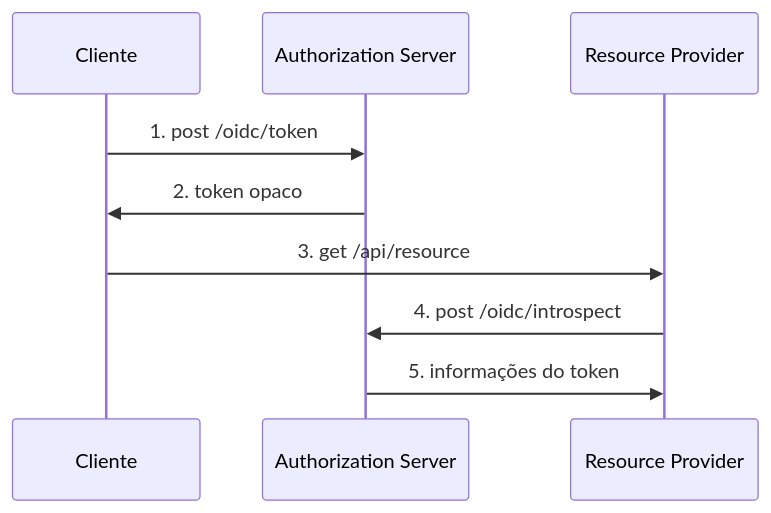
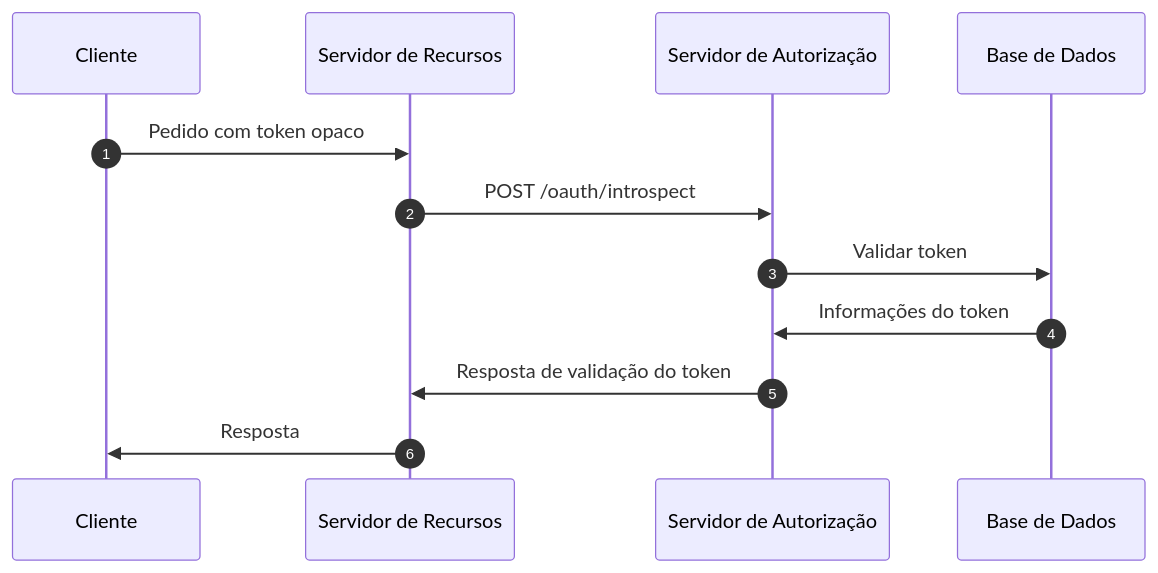
One commit to logto-io/auth-wiki changed the third of 5 diagrams in src/content/terms/pt-pt/opaque-token.mdx. Above: the diagram before and after it, drawn with Mermaid. The commit also changed other lines of this file and 95 other files, not shown here.

````diff
--- a/src/content/terms/pt-pt/opaque-token.mdx
+++ b/src/content/terms/pt-pt/opaque-token.mdx
@@ -49,13 +80,15 @@
 ```mermaid
 sequenceDiagram
     participant C as Cliente
-    participant AS as Authorization Server
-    participant RP as Resource Provider
+    participant RS as Servidor de Recursos
+    participant AS as Servidor de Autorização
+    participant D as Base de Dados
+    autonumber
 
-    C ->> AS: 1. post /oidc/token
-    AS ->> C: 2. token opaco
-    C ->> RP: 3. get /api/resource
-    RP ->> AS: 4. post /oidc/introspect
-    AS ->> RP: 5. informações do token
-
+    C->>RS: Pedido com token opaco
+    RS->>AS: POST /oauth/introspect
+    AS->>D: Validar token
+    D->>AS: Informações do token
+    AS->>RS: Resposta de validação do token
+    RS->>C: Resposta
 ```
````
